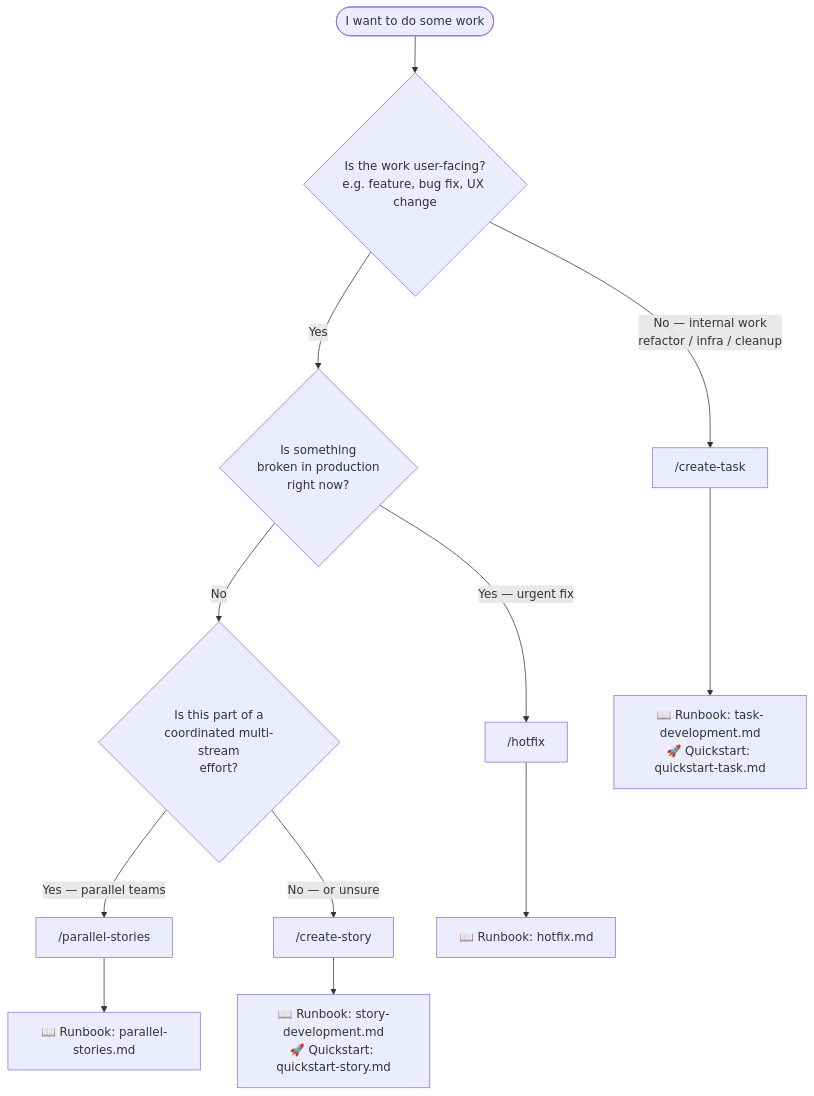
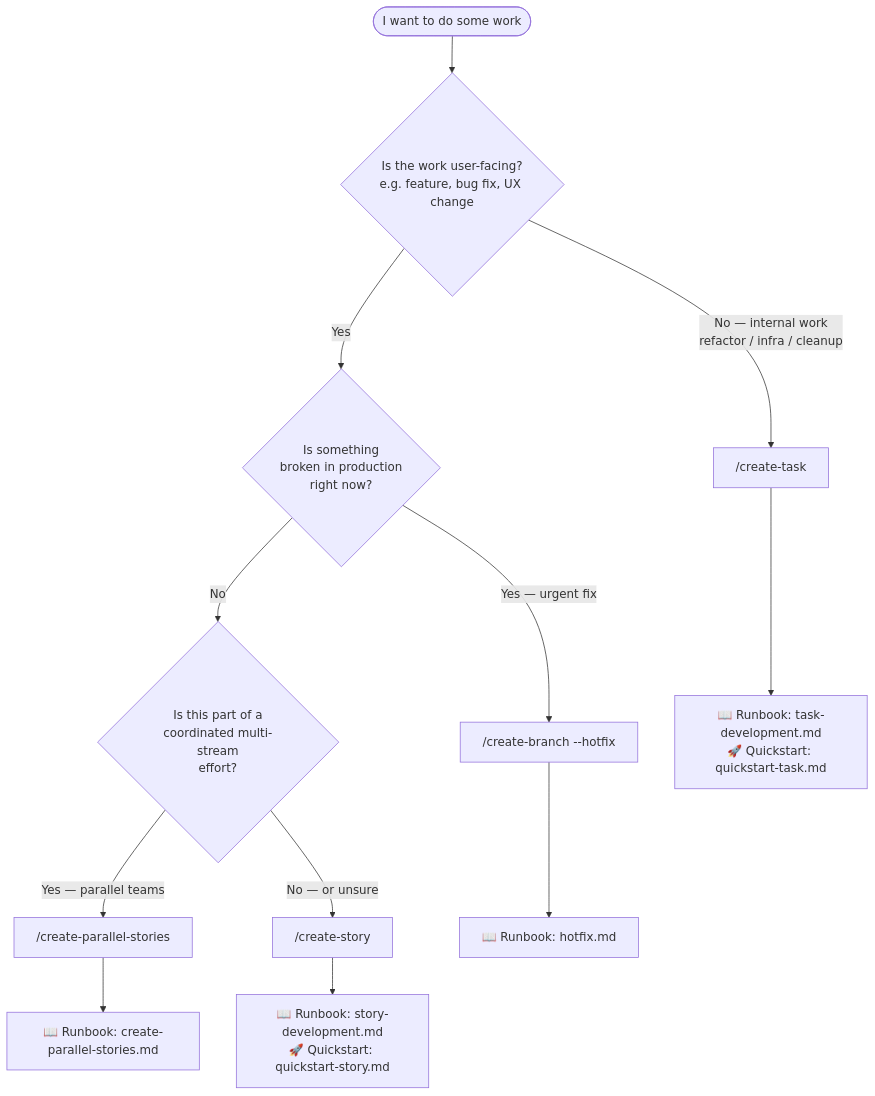
One commit to Gamaroff/agent-skills changed the diagram in docs/concepts/which-path.md. Above: the diagram before and after it, drawn with Mermaid. The commit also changed other lines of this file and 27 other files, not shown here.

First line of the commit message:
refactor(skills): rename parallel-stories → create-parallel-stories

````diff
--- a/docs/concepts/which-path.md
+++ b/docs/concepts/which-path.md
@@ -16,18 +16,18 @@
 ```mermaid
 flowchart TD
     Start([I want to do some work]) --> Q1{Is the work user-facing?\ne.g. feature, bug fix, UX change}
 
     Q1 -->|No — internal work\nrefactor / infra / cleanup| Task["/create-task"]
     Q1 -->|Yes| Q2{Is something\nbroken in production\nright now?}
 
-    Q2 -->|Yes — urgent fix| Hotfix["/hotfix"]
+    Q2 -->|Yes — urgent fix| Hotfix["/create-branch --hotfix"]
     Q2 -->|No| Q3{Is this part of a\ncoordinated multi-stream\neffort?}
 
-    Q3 -->|Yes — parallel teams| Parallel["/parallel-stories"]
+    Q3 -->|Yes — parallel teams| Parallel["/create-parallel-stories"]
     Q3 -->|No — or unsure| Story["/create-story"]
 
     Task --> TaskLinks["📖 Runbook: task-development.md\n🚀 Quickstart: quickstart-task.md"]
     Hotfix --> HotfixLinks["📖 Runbook: hotfix.md"]
-    Parallel --> ParallelLinks["📖 Runbook: parallel-stories.md"]
+    Parallel --> ParallelLinks["📖 Runbook: create-parallel-stories.md"]
     Story --> StoryLinks["📖 Runbook: story-development.md\n🚀 Quickstart: quickstart-story.md"]
 ```
````
